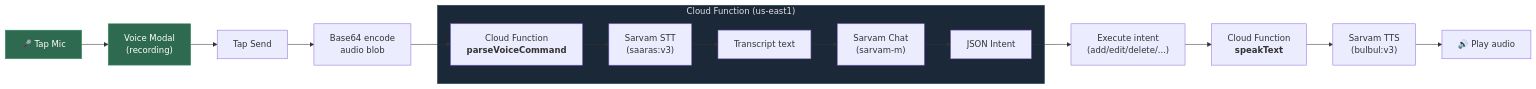
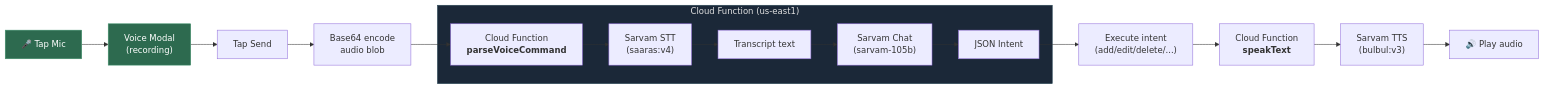
Before and after one commit to nsudhanva/shopping: the fourth of 7 diagrams in README.md, drawn with Mermaid. The commit also changed other lines of this file and 17 other files, not shown here.

````diff
--- a/README.md
+++ b/README.md
@@ -128,23 +128,23 @@
 ```mermaid
 flowchart LR
     Mic["🎤 Tap Mic"] --> Modal["Voice Modal<br/>(recording)"]
     Modal --> Send["Tap Send"]
     Send --> B64["Base64 encode<br/>audio blob"]
     B64 --> CF["Cloud Function<br/><b>parseVoiceCommand</b>"]
 
     subgraph CloudFunction["Cloud Function (us-east1)"]
-        CF --> STT["Sarvam STT<br/>(saaras:v3)"]
+        CF --> STT["Sarvam STT<br/>(saaras:v4)"]
         STT --> Transcript["Transcript text"]
-        Transcript --> Chat["Sarvam Chat<br/>(sarvam-m)"]
+        Transcript --> Chat["Sarvam Chat<br/>(sarvam-105b)"]
         Chat --> Intent["JSON Intent"]
     end
 
     Intent --> Execute["Execute intent<br/>(add/edit/delete/...)"]
     Execute --> TTS["Cloud Function<br/><b>speakText</b>"]
     TTS --> SarvamTTS["Sarvam TTS<br/>(bulbul:v3)"]
     SarvamTTS --> Audio["🔊 Play audio"]
 
     style Mic fill:#2d6a4f,stroke:#40916c,color:#fff
     style Modal fill:#2d6a4f,stroke:#40916c,color:#fff
     style CloudFunction fill:#1b2838,stroke:#2a4858,color:#e0e0e0
 ```
````
